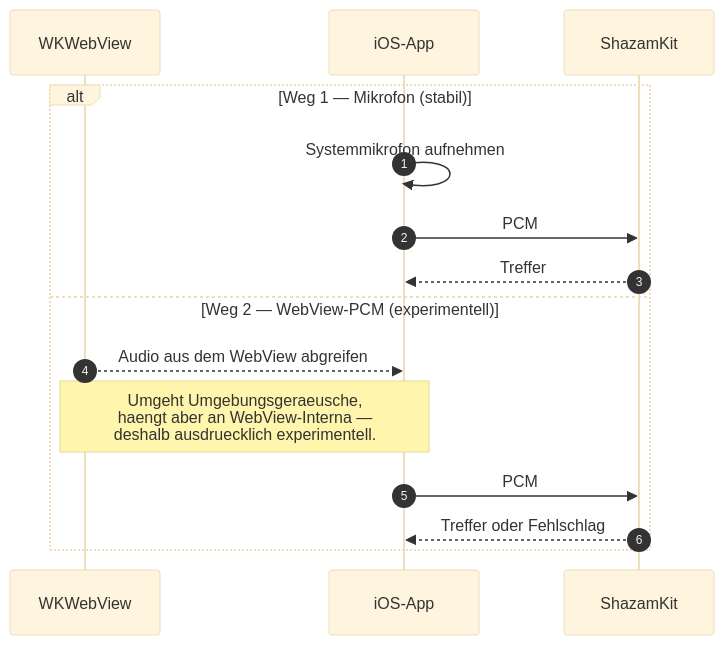
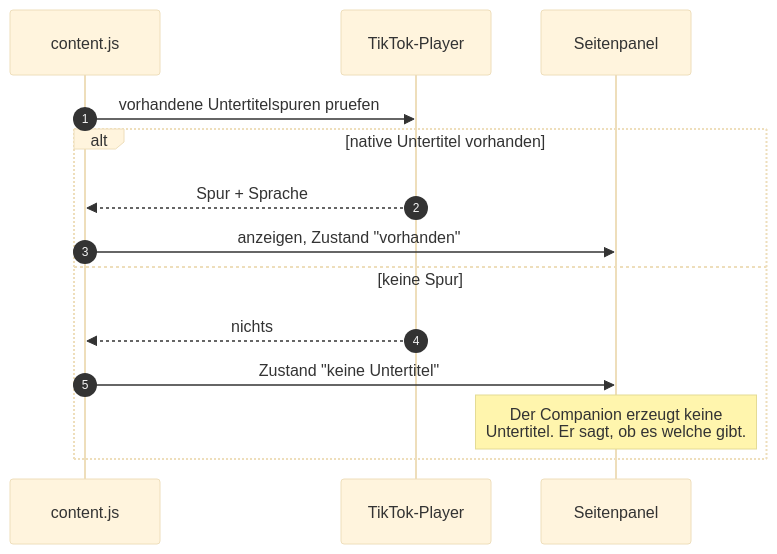
The fourth of 4 diagrams in README.md (KikiKari/Projects), drawn with Mermaid (base theme) before and after one commit. The commit also changed other lines of this file and 116 other files, not shown here.

Commit message:
release(ios): consolidate TikTok LIVE Companion 0.8.0 (0PE-96)

````diff
--- a/README.md
+++ b/README.md
@@ -150,18 +140,17 @@
 ```mermaid
 sequenceDiagram
     autonumber
-    participant W as WKWebView
-    participant A as iOS-App
-    participant S as ShazamKit
+    participant C as content.js
+    participant T as TikTok-Player
+    participant P as Seitenpanel
 
-    alt Weg 1 — Mikrofon (stabil)
-        A->>A: Systemmikrofon aufnehmen
-        A->>S: PCM
-        S-->>A: Treffer
-    else Weg 2 — WebView-PCM (experimentell)
-        W-->>A: Audio aus dem WebView abgreifen
-        Note over W,A: Umgeht Umgebungsgeraeusche,<br/>haengt aber an WebView-Interna —<br/>deshalb ausdruecklich experimentell.
-        A->>S: PCM
-        S-->>A: Treffer oder Fehlschlag
+    C->>T: vorhandene Untertitelspuren pruefen
+    alt native Untertitel vorhanden
+        T-->>C: Spur + Sprache
+        C->>P: anzeigen, Zustand "vorhanden"
+    else keine Spur
+        T-->>C: nichts
+        C->>P: Zustand "keine Untertitel"
+        Note over P: Der Companion erzeugt keine<br/>Untertitel. Er sagt, ob es welche gibt.
     end
 ```
````
